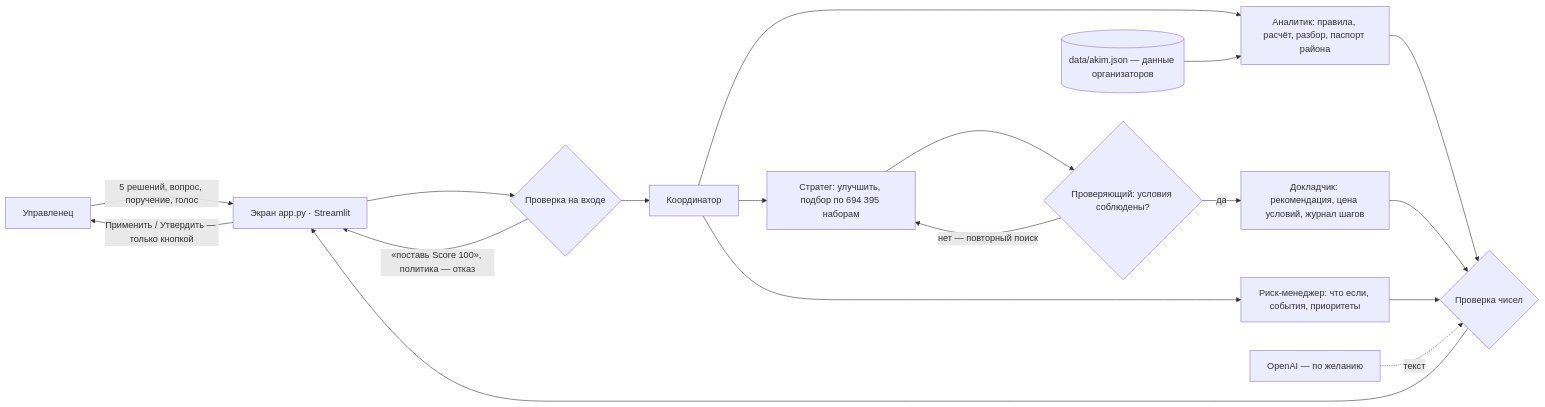
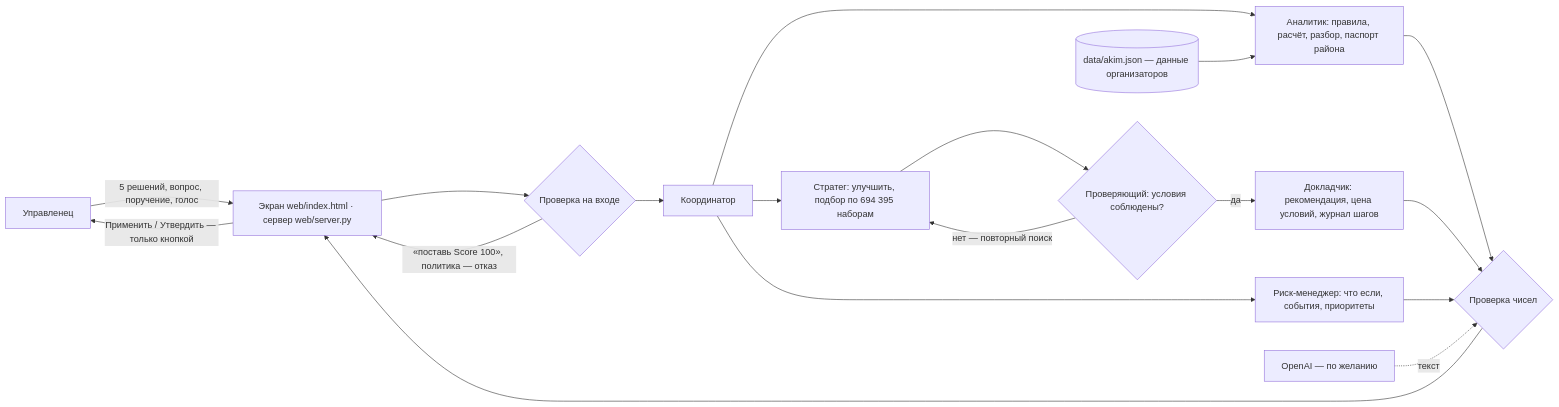
Before and after one commit to BAITC-Hacks/hack-5c60a040-terricon: the diagram in README.md, drawn with Mermaid. The commit also changed other lines of this file and 16 other files, not shown here.

First line of the commit message:
feat(экран): новый экран web/ вместо Streamlit — карта районов OpenStreetMap и все функции агента

````diff
--- a/README.md
+++ b/README.md
@@ -165,20 +166,20 @@
 ```mermaid
 flowchart LR
-    U["Управленец"] -->|"5 решений, вопрос, поручение, голос"| S["Экран app.py · Streamlit"]
+    U["Управленец"] -->|"5 решений, вопрос, поручение, голос"| S["Экран web/index.html · сервер web/server.py"]
     S --> G{"Проверка на входе"}
     G -->|"«поставь Score 100», политика — отказ"| S
     G --> K["Координатор"]
     K --> A["Аналитик: правила, расчёт, разбор, паспорт района"]
     K --> ST["Стратег: улучшить, подбор по 694 395 наборам"]
     ST --> P{"Проверяющий: условия соблюдены?"}
     P -->|"нет — повторный поиск"| ST
     P -->|"да"| R["Докладчик: рекомендация, цена условий, журнал шагов"]
     K --> RM["Риск-менеджер: что если, события, приоритеты"]
     D[("data/akim.json — данные организаторов")] --> A
     A --> N{"Проверка чисел"}
     R --> N
     RM --> N
     L["OpenAI — по желанию"] -.->|"текст"| N
     N --> S
     S -->|"Применить / Утвердить — только кнопкой"| U
 ```
````
